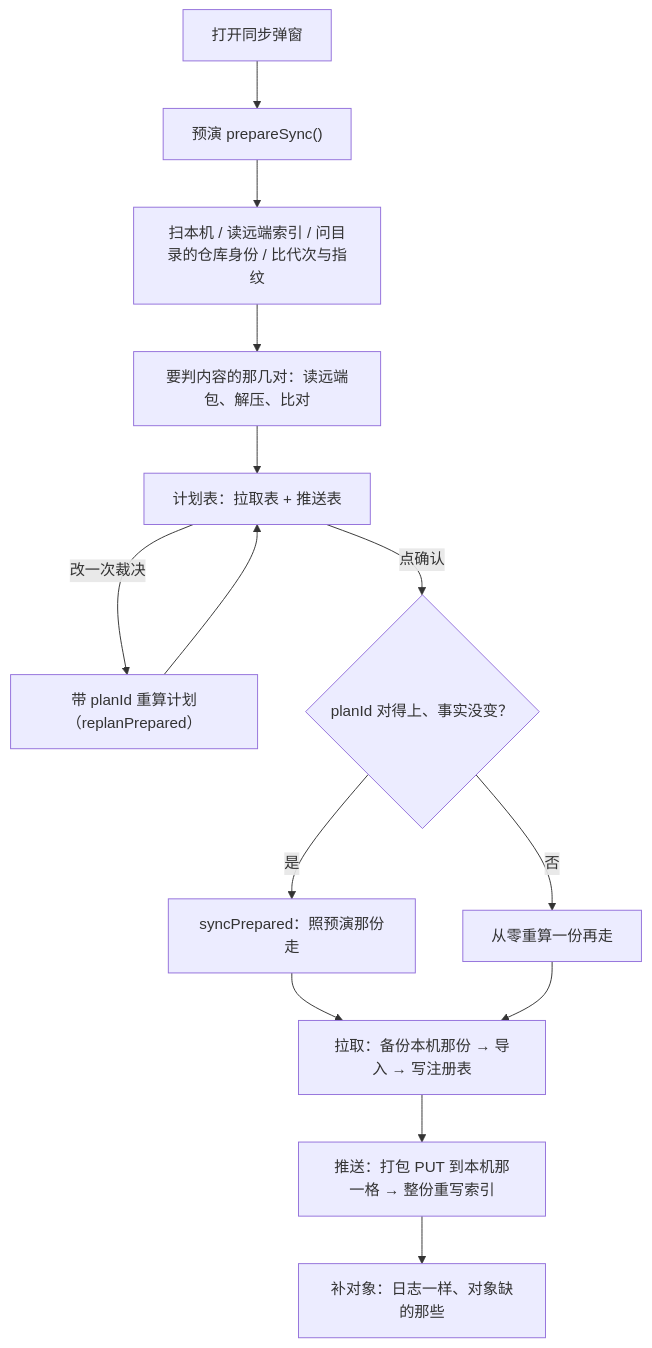
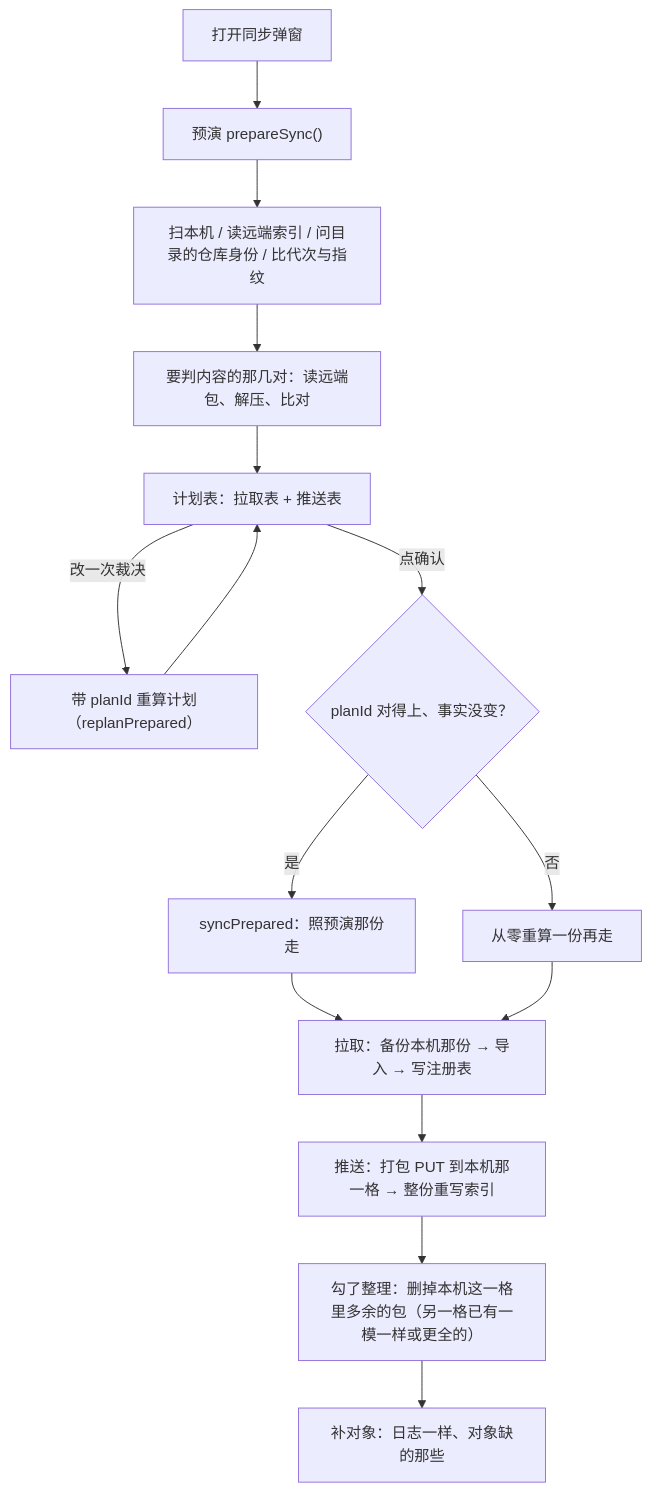
The third of 8 diagrams in docs/flows.md (he0119/dsh-session-manager), drawn with Mermaid before and after one commit. The commit also changed other lines of this file and 15 other files, not shown here.

````diff
--- a/docs/flows.md
+++ b/docs/flows.md
@@ -46,16 +46,17 @@
 ```mermaid
 flowchart TD
   A["打开同步弹窗"] --> B["预演 prepareSync()"]
   B --> B1["扫本机 / 读远端索引 / 问目录的仓库身份 / 比代次与指纹"]
   B1 --> B2["要判内容的那几对：读远端包、解压、比对"]
   B2 --> C["计划表：拉取表 + 推送表"]
   C -->|"改一次裁决"| D["带 planId 重算计划（replanPrepared）"]
   D --> C
   C -->|"点确认"| E{"planId 对得上、事实没变？"}
   E -->|"是"| F["syncPrepared：照预演那份走"]
   E -->|"否"| G["从零重算一份再走"]
   F --> H["拉取：备份本机那份 → 导入 → 写注册表"]
   G --> H
   H --> I["推送：打包 PUT 到本机那一格 → 整份重写索引"]
-  I --> J["补对象：日志一样、对象缺的那些"]
+  I --> K["勾了整理：删掉本机这一格里多余的包（另一格已有一模一样或更全的）"]
+  K --> J["补对象：日志一样、对象缺的那些"]
 ```
````
